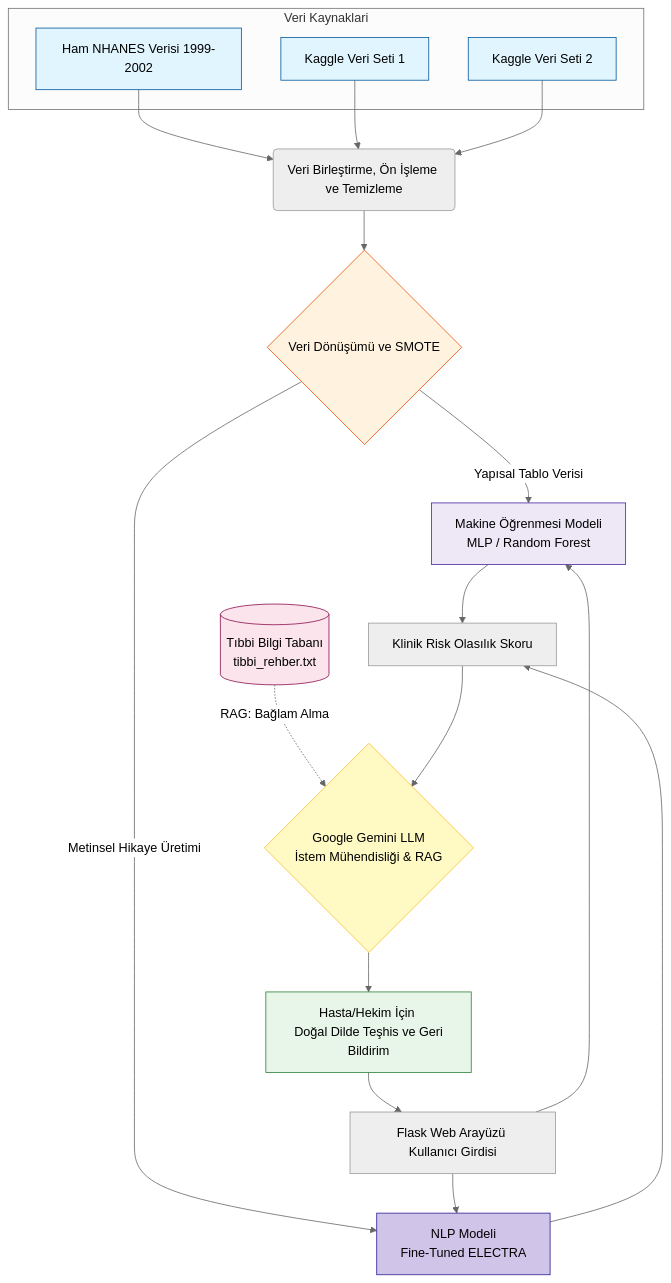
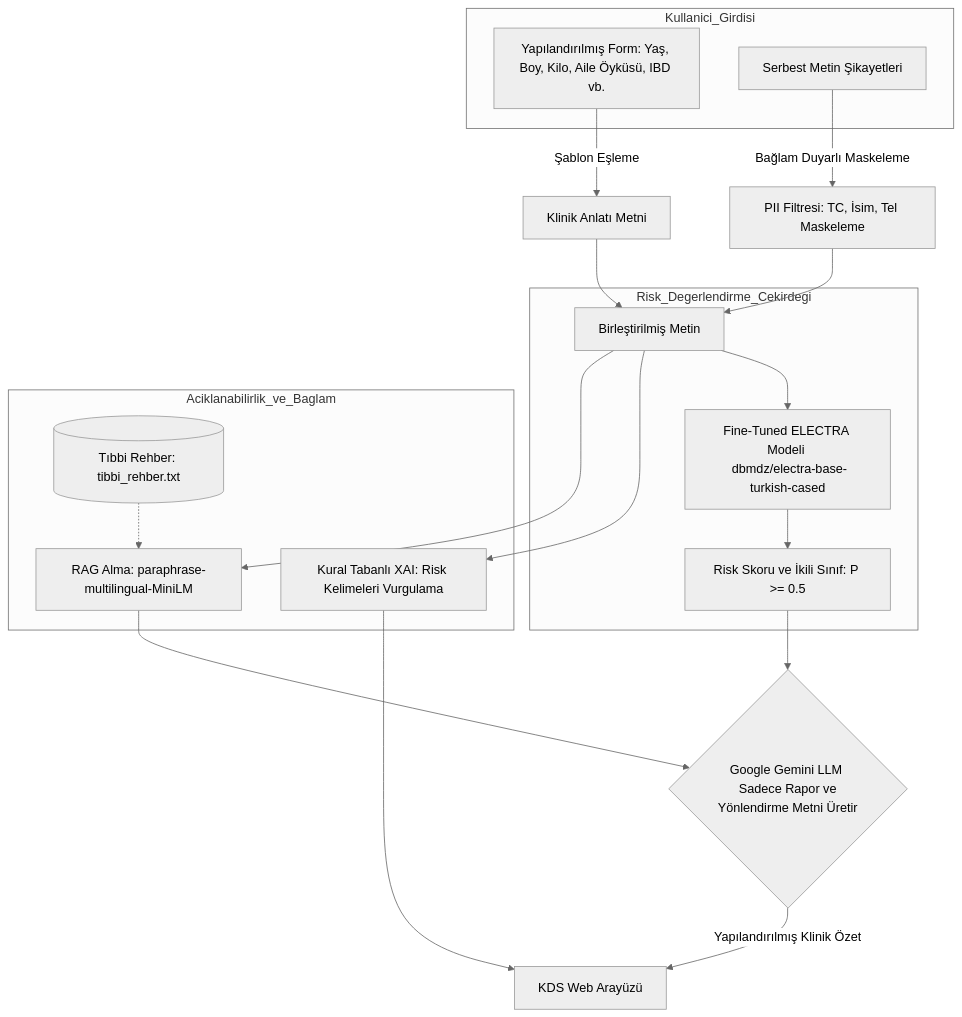
Before and after one commit to kadir465/coleraktal_kds: the diagram in README.md, drawn with Mermaid (neutral theme). The commit also changed other lines of this file and 5 other files, not shown here.

Commit message:
docs(compliance): tone down claims, document limitations, align readme with real architecture

````diff
--- a/README.md
+++ b/README.md
@@ -32,40 +39,30 @@
 ```mermaid
 graph TD
-    subgraph Veri Kaynaklari
-        A1[Ham NHANES Verisi 1999-2002]
-        A2[Kaggle Veri Seti 1]
-        A3[Kaggle Veri Seti 2]
+    subgraph Kullanici_Girdisi
+        U1[Yapılandırılmış Form: Yaş, Boy, Kilo, Aile Öyküsü, IBD vb.]
+        U2[Serbest Metin Şikayetleri]
     end
 
-    A1 --> B(Veri Birleştirme, Ön İşleme ve Temizleme)
-    A2 --> B
-    A3 --> B
-    
-    B --> C{Veri Dönüşümü ve SMOTE}
-    
-    C -->|Yapısal Tablo Verisi| D[Makine Öğrenmesi Modeli <br> MLP / Random Forest]
-    C -->|Metinsel Hikaye Üretimi| E[NLP Modeli <br> Fine-Tuned ELECTRA]
-    
-    D --> F[Klinik Risk Olasılık Skoru]
-    E --> F
-    
-    T[(Tıbbi Bilgi Tabanı <br> tibbi_rehber.txt)] -.->|RAG: Bağlam Alma| G
-    
-    F --> G{Google Gemini LLM <br> İstem Mühendisliği & RAG}
-    
-    R[Flask Web Arayüzü Kullanıcı Girdisi] --> D
-    R --> E
-    
-    G --> H[Hasta/Hekim İçin <br> Doğal Dilde Teşhis ve Geri Bildirim]
-    H --> R
-    
-    style A1 fill:#e1f5fe,stroke:#01579b
-    style A2 fill:#e1f5fe,stroke:#01579b
-    style A3 fill:#e1f5fe,stroke:#01579b
-    style C fill:#fff3e0,stroke:#e65100
-    style D fill:#ede7f6,stroke:#4527a0
-    style E fill:#d1c4e9,stroke:#311b92
-    style T fill:#fce4ec,stroke:#880e4f
-    style G fill:#fff9c4,stroke:#fbc02d
-    style H fill:#e8f5e9,stroke:#2e7d32
+    U1 -->|Şablon Eşleme| N[Klinik Anlatı Metni]
+    U2 -->|Bağlam Duyarlı Maskeleme| PII[PII Filtresi: TC, İsim, Tel Maskeleme]
+
+    N --> C[Birleştirilmiş Metin]
+    PII --> C
+
+    subgraph Risk_Degerlendirme_Cekirdegi
+        C --> EL[Fine-Tuned ELECTRA Modeli <br> dbmdz/electra-base-turkish-cased]
+        EL --> SC[Risk Skoru ve İkili Sınıf: P >= 0.5]
+    end
+
+    subgraph Aciklanabilirlik_ve_Baglam
+        C --> XAI[Kural Tabanlı XAI: Risk Kelimeleri Vurgulama]
+        C --> RAG[RAG Alma: paraphrase-multilingual-MiniLM]
+        T[(Tıbbi Rehber: tibbi_rehber.txt)] -.-> RAG
+    end
+
+    SC --> GEMINI{Google Gemini LLM <br> Sadece Rapor ve Yönlendirme Metni Üretir}
+    RAG --> GEMINI
+    XAI --> UI[KDS Web Arayüzü]
+
+    GEMINI -->|Yapılandırılmış Klinik Özet| UI
 ```
````
